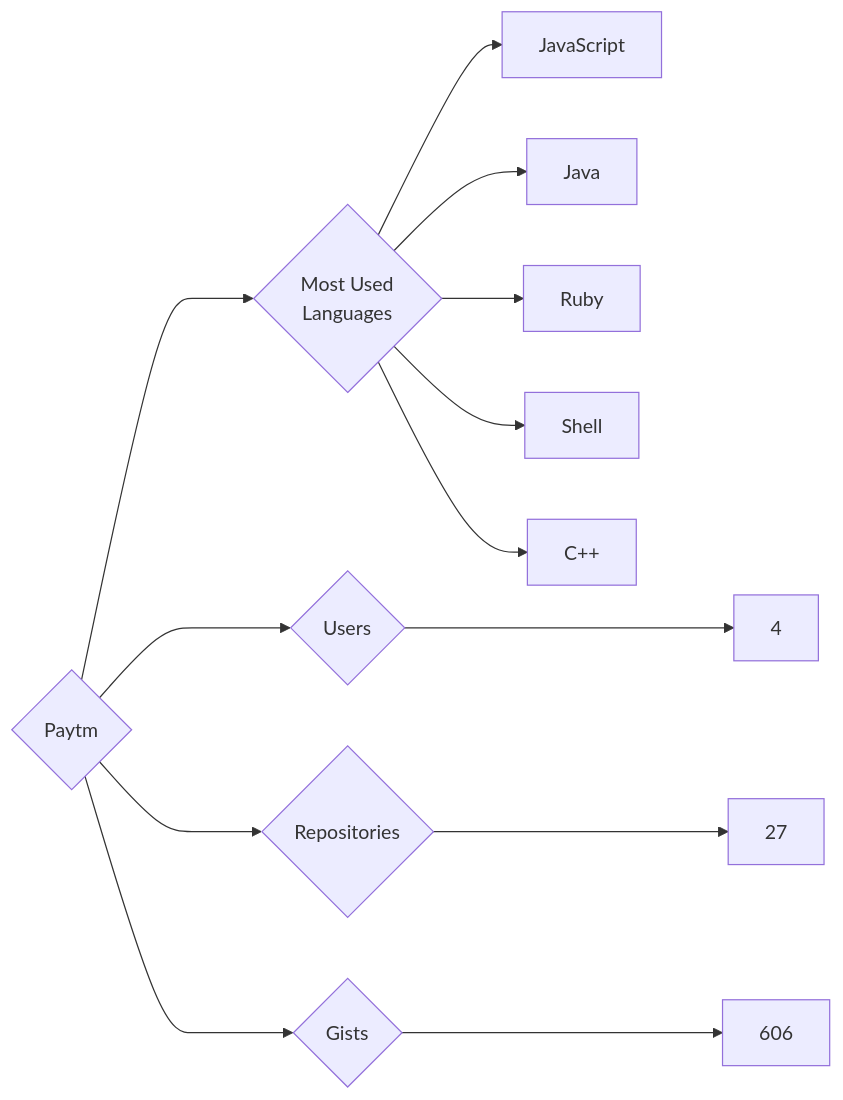
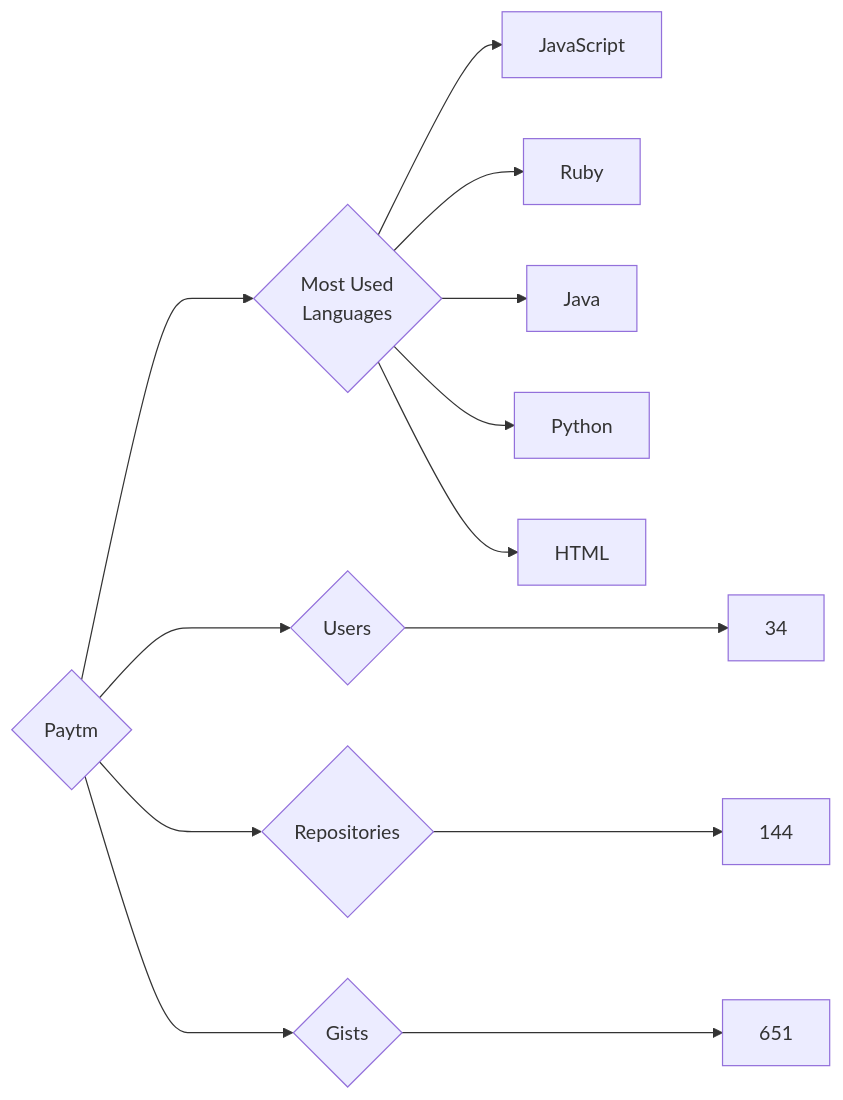
The diagram in targets/Paytm/README.md (trickest/insiders), drawn with Mermaid before and after one commit. The commit also changed 969 other files, not shown here.

````diff
--- a/targets/Paytm/README.md
+++ b/targets/Paytm/README.md
@@ -3,13 +3,13 @@
 ```mermaid
 graph LR
 COMPANY_NAME{Paytm}
-COMPANY_NAME ---> U{Users} ---> UN[4]
-COMPANY_NAME ---> R{Repositories} ---> RN[27]
-COMPANY_NAME ---> G{Gists} ---> GN[606]
+COMPANY_NAME ---> U{Users} ---> UN[34]
+COMPANY_NAME ---> R{Repositories} ---> RN[144]
+COMPANY_NAME ---> G{Gists} ---> GN[651]
 COMPANY_NAME ---> ML{Most Used<br>Languages}
 ML --> JavaScript[JavaScript]
+ML --> Ruby[Ruby]
 ML --> Java[Java]
-ML --> Ruby[Ruby]
-ML --> Shell[Shell]
-ML --> C++[C++]
+ML --> Python[Python]
+ML --> HTML[HTML]
 ```
````
